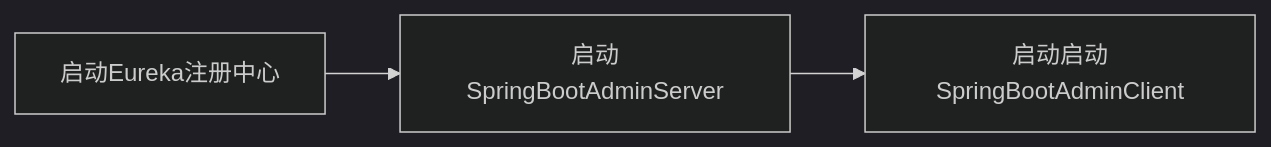
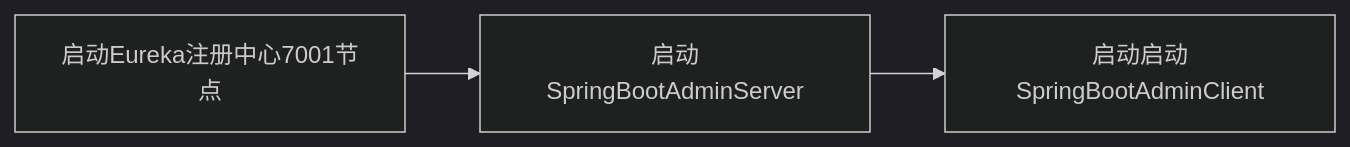
The diagram in docs/blogs/backend/springcloud/springcloud-eureka/shardings/springcloud-eureka-chapter-13.使用SpringBootAdmin监控服务.md (lingwh1995/blog), drawn with Mermaid (dark theme) before and after one commit. The commit also changed other lines of this file and 1716 other files, not shown here.

````diff
--- a/docs/blogs/backend/springcloud/springcloud-eureka/shardings/springcloud-eureka-chapter-13.使用SpringBootAdmin监控服务.md
+++ b/docs/blogs/backend/springcloud/springcloud-eureka/shardings/springcloud-eureka-chapter-13.使用SpringBootAdmin监控服务.md
@@ -60,5 +82,5 @@
 ```mermaid
 flowchart LR
-    启动Eureka注册中心-->启动SpringBootAdminServer
+    启动Eureka注册中心7001节点-->启动SpringBootAdminServer
 	启动SpringBootAdminServer-->启动启动SpringBootAdminClient
 ```
````
